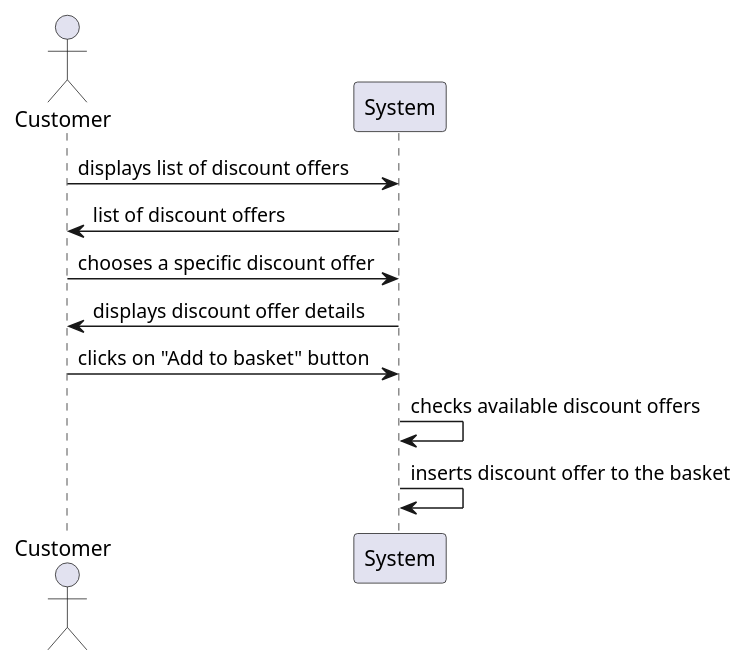
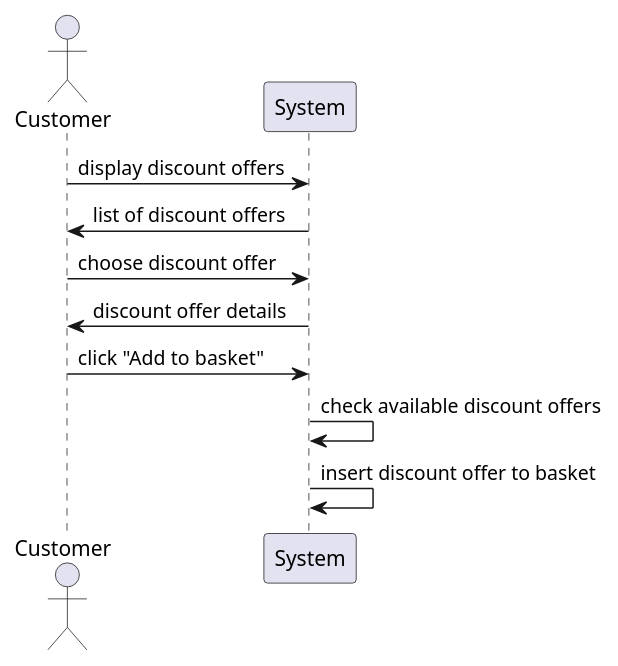
One commit to wbfenijo/Bakalarka changed the diagram in data/outputsAI/SD2.puml. Above: the diagram before and after it, drawn with PlantUML. The commit also changed other lines of this file and 2 other files, not shown here.

```diff
--- a/data/outputsAI/SD2.puml
+++ b/data/outputsAI/SD2.puml
@@ -2,12 +1,14 @@
 @startuml
 actor Customer
 participant System
 
-Customer -> System : displays list of discount offers
-System -> Customer : list of discount offers
-Customer -> System : chooses a specific discount offer
-System -> Customer : displays discount offer details
-Customer -> System : clicks on "Add to basket" button
-System -> System : checks available discount offers
-System -> System : inserts discount offer to the basket
+Customer -> System: display discount offers
+System -> Customer: list of discount offers
+
+Customer -> System: choose discount offer
+System -> Customer: discount offer details
+
+Customer -> System: click "Add to basket"
+System -> System: check available discount offers
+System -> System: insert discount offer to basket
 @enduml
```
